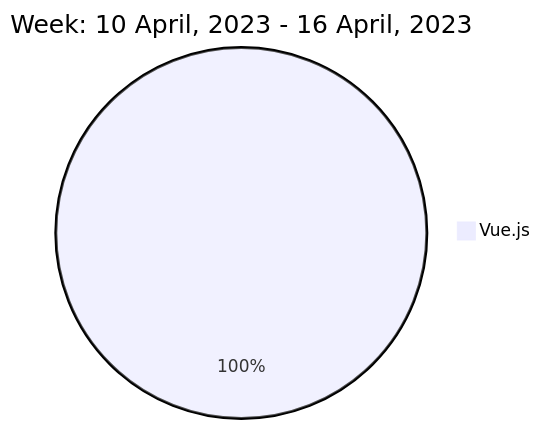
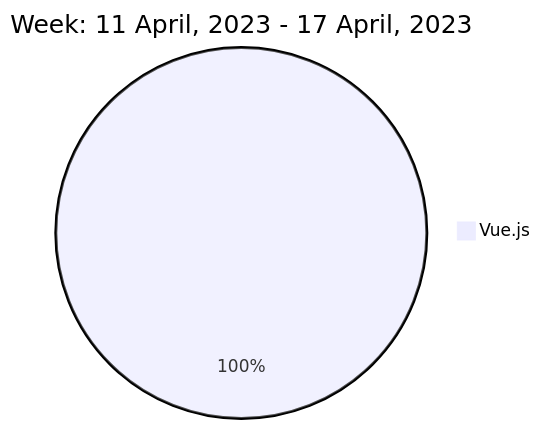
The diagram in README.md (liubin95/liubin95), drawn with Mermaid before and after one commit.

Commit message:
Updated the Graph with new Metrics

````diff
--- a/README.md
+++ b/README.md
@@ -40,5 +40,5 @@
 ```mermaid
  pie
-title Week: 10 April, 2023 - 16 April, 2023
- "Vue.js" : 2.22
+title Week: 11 April, 2023 - 17 April, 2023
+ "Vue.js" : 2.07
 ```
````
